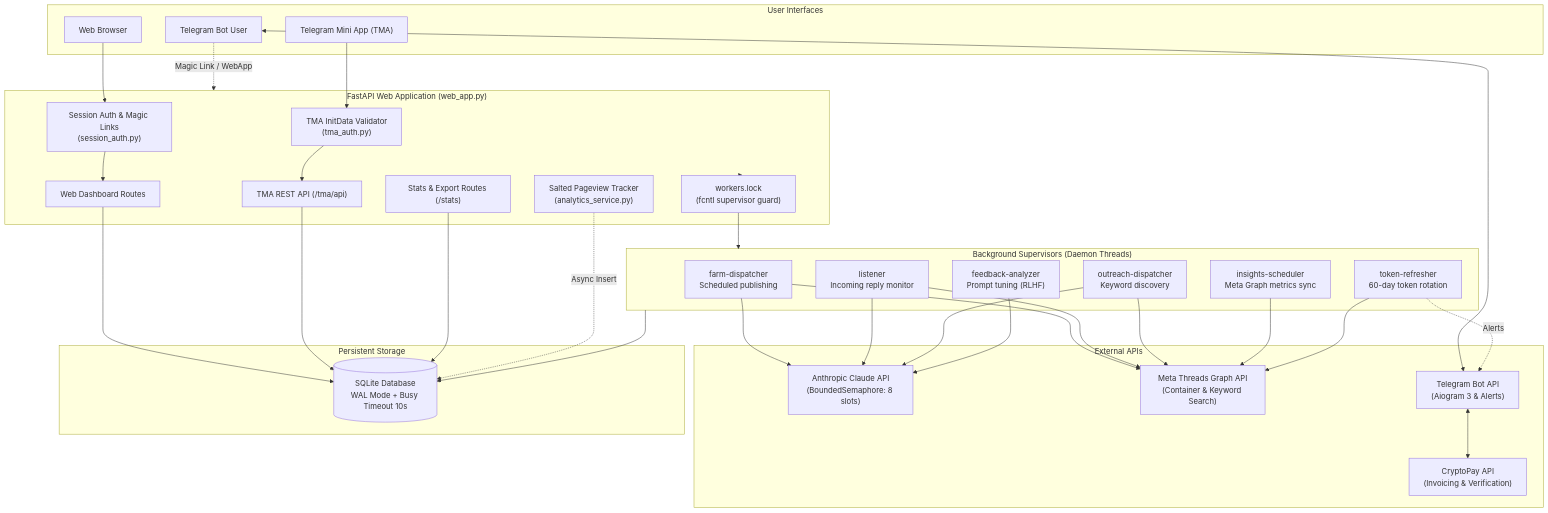
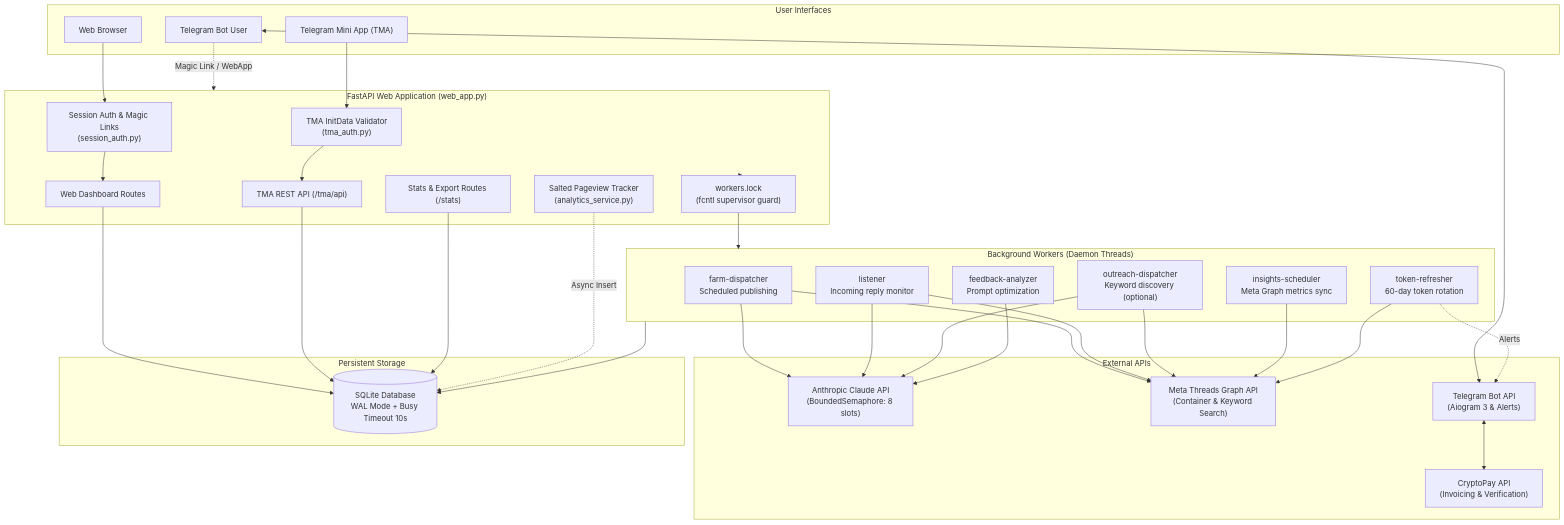
One commit to mkot85549-cell/Threads-Bot changed the diagram in README.md. Above: the diagram before and after it, drawn with Mermaid. The commit also changed other lines of this file, not shown here.

````diff
--- a/README.md
+++ b/README.md
@@ -72,69 +104,64 @@
 ```mermaid
 flowchart TD
     subgraph Clients["User Interfaces"]
         TG_USER["Telegram Bot User"]
         TMA_USER["Telegram Mini App (TMA)"]
         WEB_USER["Web Browser"]
     end
 
     subgraph CoreApp["FastAPI Web Application (web_app.py)"]
         AUTH_MW["Session Auth & Magic Links<br/>(session_auth.py)"]
         TMA_AUTH["TMA InitData Validator<br/>(tma_auth.py)"]
         PV_MW["Salted Pageview Tracker<br/>(analytics_service.py)"]
         ROUTER_WEB["Web Dashboard Routes"]
         ROUTER_TMA["TMA REST API (/tma/api)"]
         ROUTER_STATS["Stats & Export Routes (/stats)"]
         LOCK["workers.lock<br/>(fcntl supervisor guard)"]
     end
 
-    subgraph Workers["Background Supervisors (Daemon Threads)"]
+    subgraph Workers["Background Workers (Daemon Threads)"]
         FARM["farm-dispatcher<br/>Scheduled publishing"]
         LISTENER["listener<br/>Incoming reply monitor"]
-        OUTREACH["outreach-dispatcher<br/>Keyword discovery"]
+        OUTREACH["outreach-dispatcher<br/>Keyword discovery (optional)"]
         INSIGHTS["insights-scheduler<br/>Meta Graph metrics sync"]
-        ANALYZER["feedback-analyzer<br/>Prompt tuning (RLHF)"]
+        ANALYZER["feedback-analyzer<br/>Prompt optimization"]
         REFRESHER["token-refresher<br/>60-day token rotation"]
     end
 
     subgraph External["External APIs"]
         CLAUDE["Anthropic Claude API<br/>(BoundedSemaphore: 8 slots)"]
         META["Meta Threads Graph API<br/>(Container & Keyword Search)"]
         TG_API["Telegram Bot API<br/>(Aiogram 3 & Alerts)"]
         CRYPTO["CryptoPay API<br/>(Invoicing & Verification)"]
     end
 
     subgraph Storage["Persistent Storage"]
         DB[("SQLite Database<br/>WAL Mode + Busy Timeout 10s")]
     end
 
-    %% Client Interactions
     WEB_USER --> AUTH_MW --> ROUTER_WEB
     TMA_USER --> TMA_AUTH --> ROUTER_TMA
     TG_USER -. Magic Link / WebApp .-> CoreApp
     TG_USER <--> TG_API
 
-    %% App & DB
     ROUTER_WEB --> DB
     ROUTER_TMA --> DB
     ROUTER_STATS --> DB
     PV_MW -. Async Insert .-> DB
 
-    %% Supervisor & Workers
     CoreApp --> LOCK --> Workers
     Workers --> DB
 
-    %% Worker Integrations
     FARM --> CLAUDE
     FARM --> META
     LISTENER --> CLAUDE
     LISTENER --> META
     OUTREACH --> CLAUDE
     OUTREACH --> META
     INSIGHTS --> META
     ANALYZER --> CLAUDE
     REFRESHER --> META
     REFRESHER -. Alerts .-> TG_API
 
-    %% Bot & Crypto
     TG_API <--> CRYPTO
 ```
````
